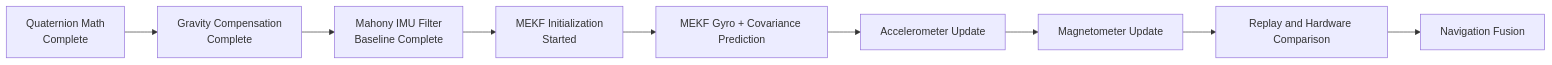
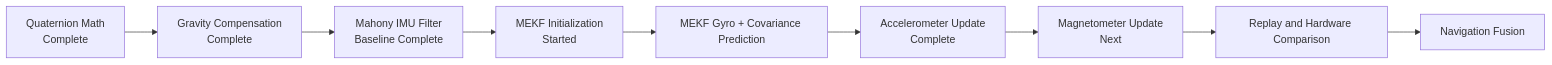
The first of 9 diagrams in docs/GNC_MASTER_PLAN.md (bjornhbengtsson/guidance-navigation-control), drawn with Mermaid before and after one commit. The commit also changed other lines of this file and 6 other files, not shown here.

````diff
--- a/docs/GNC_MASTER_PLAN.md
+++ b/docs/GNC_MASTER_PLAN.md
@@ -188,11 +237,11 @@
 ```mermaid
 flowchart LR
     A[Quaternion Math<br/>Complete] --> B[Gravity Compensation<br/>Complete]
     B --> C[Mahony IMU Filter<br/>Baseline Complete]
     C --> D[MEKF Initialization<br/>Started]
     D --> E[MEKF Gyro + Covariance Prediction]
-    E --> F[Accelerometer Update]
-    F --> G[Magnetometer Update]
+    E --> F[Accelerometer Update<br/>Complete]
+    F --> G[Magnetometer Update<br/>Next]
     G --> H[Replay and Hardware Comparison]
     H --> I[Navigation Fusion]
 ```
````
